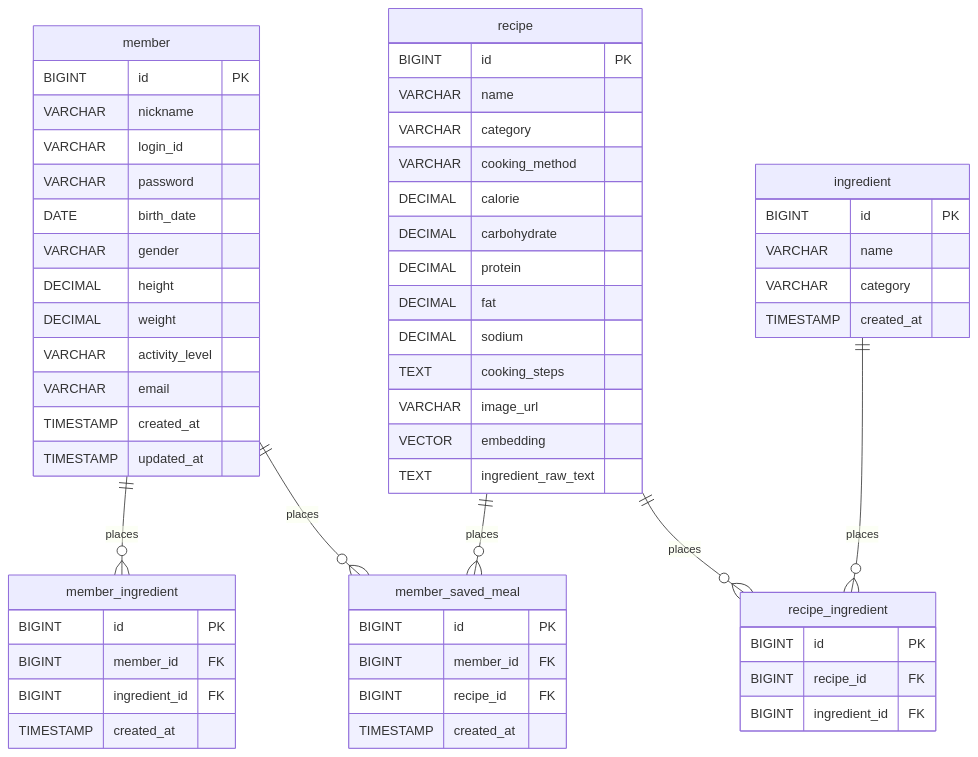
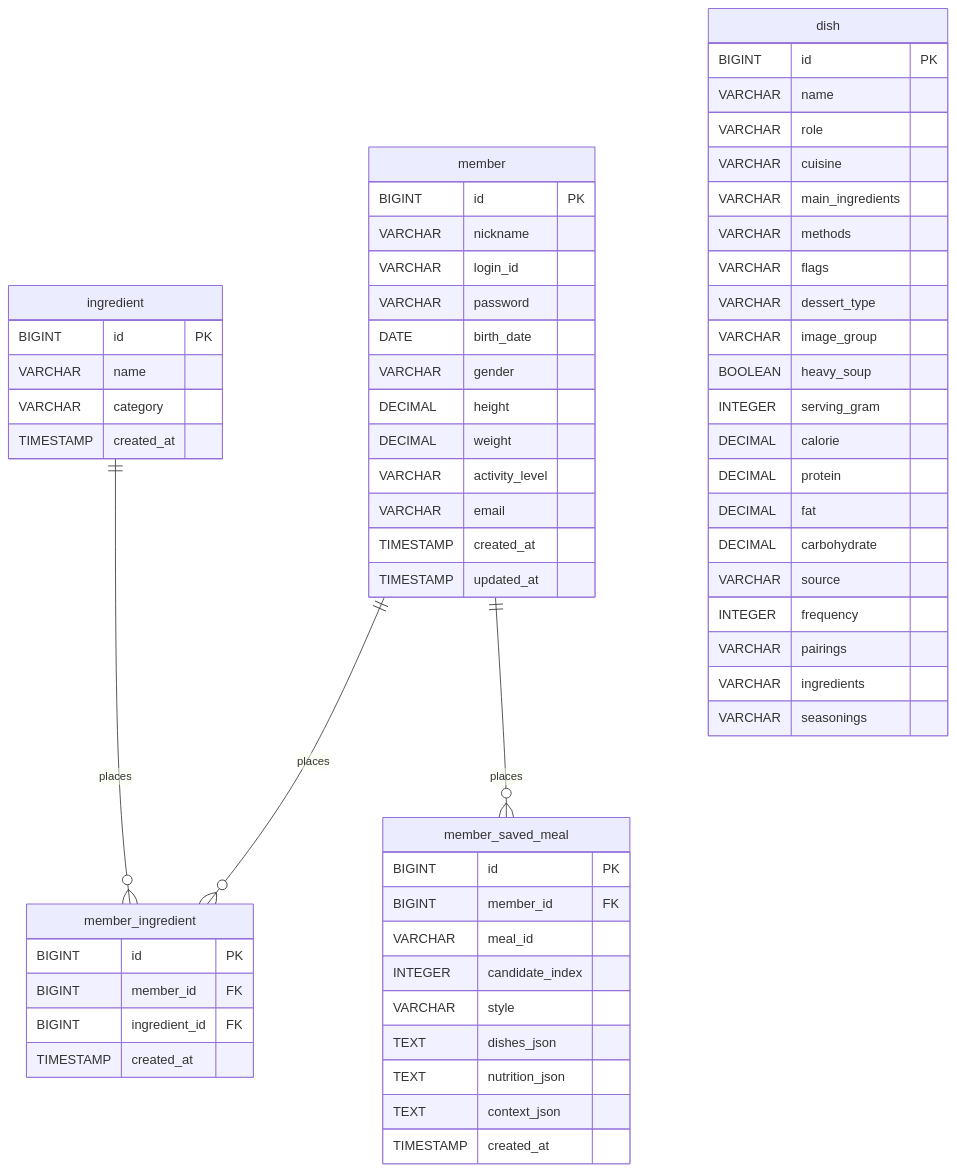
One commit to hg-proj/mealgram changed the second of 2 diagrams in docs/ERD.md. Above: the diagram before and after it, drawn with Mermaid. The commit also changed other lines of this file and 77 other files, not shown here.

````diff
--- a/docs/ERD.md
+++ b/docs/ERD.md
@@ -41,12 +38,8 @@
     member ||--o{ member_ingredient : places 
     %% 회원 - 회원저장식단: 1:N
     member ||--o{ member_saved_meal : places 
-    %% 레시피 - 회원저장식단: 1:N
-    recipe ||--o{ member_saved_meal : places
-    %% 레시피 - 레시피재료: 1:N 
-    recipe ||--o{ recipe_ingredient : places
-    %% 재료 - 레시피재료: 1:N
-    ingredient ||--o{ recipe_ingredient : places
+    %% 재료 - 회원재료: 1:N
+    ingredient ||--o{ member_ingredient : places
 
 
 
@@ -82,26 +75,38 @@
     member_saved_meal {
         BIGINT id PK
         BIGINT member_id FK 
-        BIGINT recipe_id FK 
+        VARCHAR meal_id 
+        INTEGER candidate_index 
+        VARCHAR style 
+        TEXT dishes_json 
+        TEXT nutrition_json 
+        TEXT context_json 
         TIMESTAMP created_at 
     }
 
-    %% 레시피 ====
+    %% 식단 재료 ====
 
-    recipe {
+    dish {
         BIGINT id PK
         VARCHAR name
-        VARCHAR category 
-        VARCHAR cooking_method 
+        VARCHAR role 
+        VARCHAR cuisine 
+        VARCHAR main_ingredients 
+        VARCHAR methods 
+        VARCHAR flags 
+        VARCHAR dessert_type 
+        VARCHAR image_group 
+        BOOLEAN heavy_soup 
+        INTEGER serving_gram 
         DECIMAL calorie 
-        DECIMAL carbohydrate 
         DECIMAL protein 
         DECIMAL fat 
-        DECIMAL sodium 
-        TEXT cooking_steps 
-        VARCHAR image_url 
-        VECTOR embedding
-        TEXT ingredient_raw_text 
+        DECIMAL carbohydrate 
+        VARCHAR source 
+        INTEGER frequency 
+        VARCHAR pairings 
+        VARCHAR ingredients 
+        VARCHAR seasonings 
     }
 
     ingredient {
@@ -110,11 +115,5 @@
         VARCHAR category 
         TIMESTAMP created_at 
     }
-
-    recipe_ingredient {
-        BIGINT id PK
-        BIGINT recipe_id FK 
-        BIGINT ingredient_id FK 
-    }
     
 ```
````
